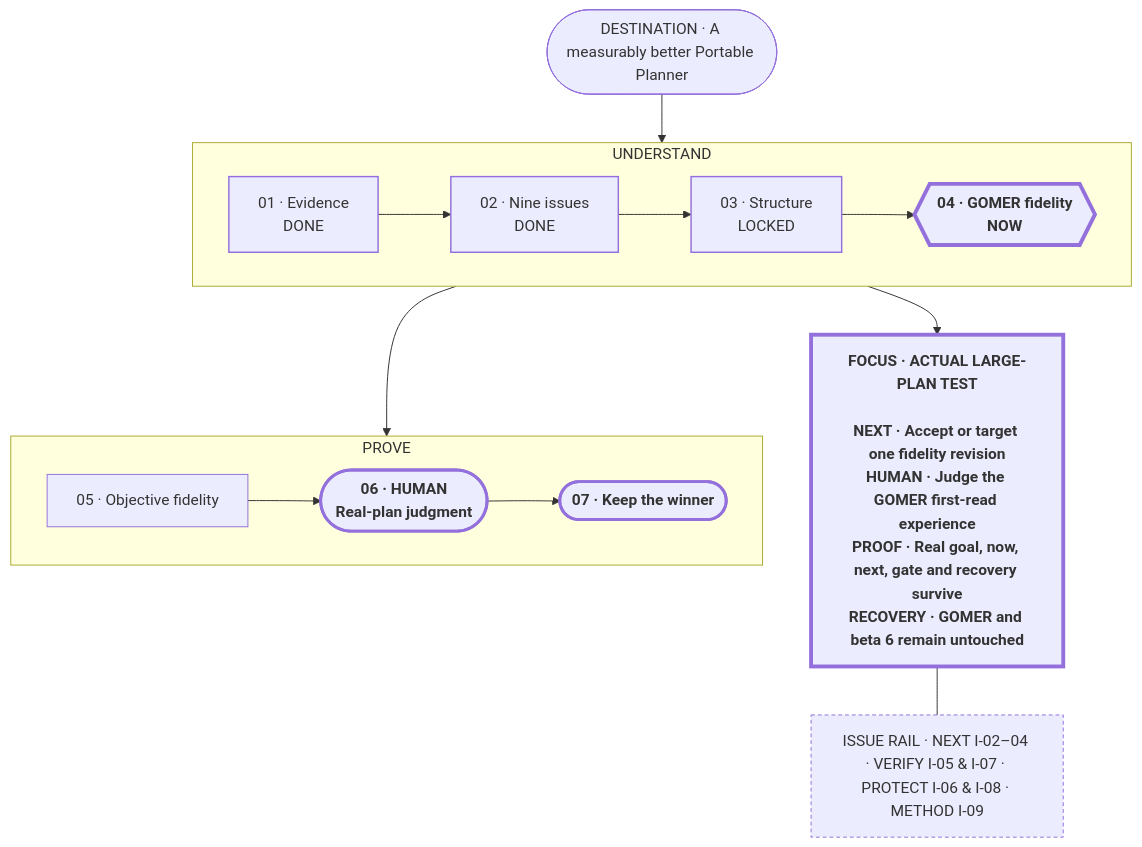
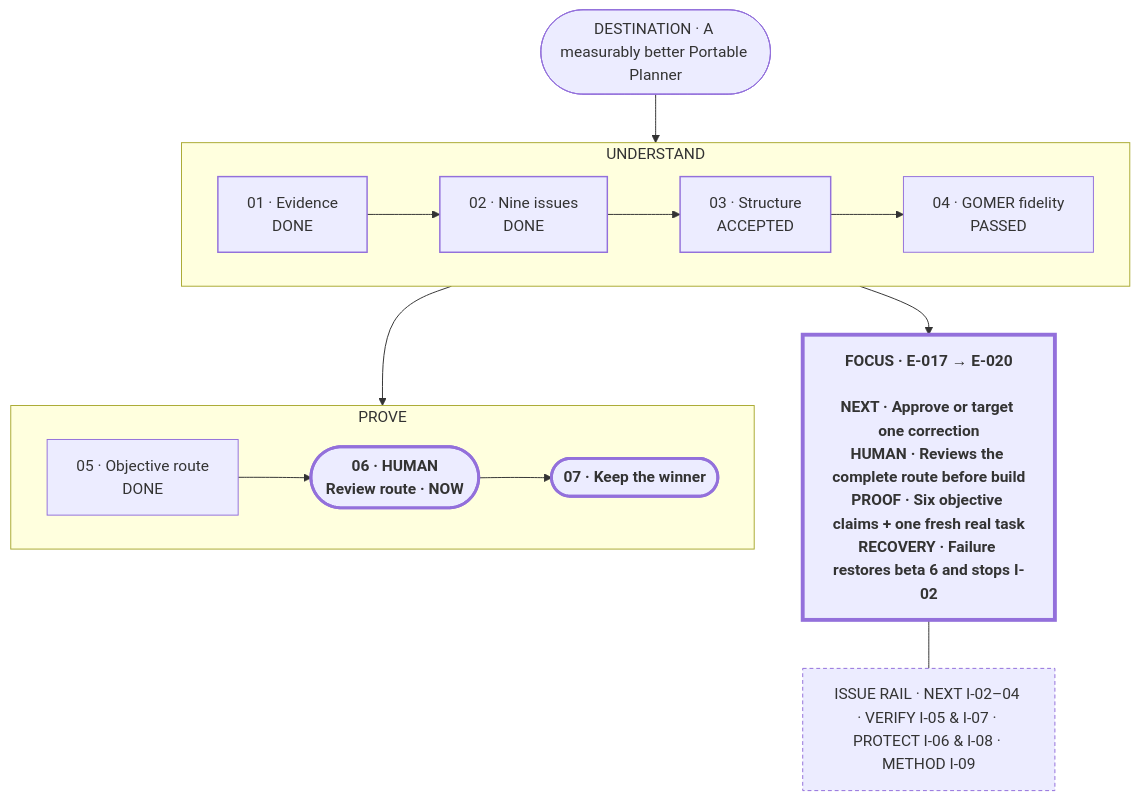
One commit to Pu11en/portable-planner changed the diagram in planning/PLAN-VIEW.md. Above: the diagram before and after it, drawn with Mermaid. The commit also changed other lines of this file and 9 other files, not shown here.

````diff
--- a/planning/PLAN-VIEW.md
+++ b/planning/PLAN-VIEW.md
@@ -13,32 +13,32 @@
 ```mermaid
 flowchart TB
     G(["DESTINATION · A measurably better Portable Planner"])
 
     subgraph R1["UNDERSTAND"]
         direction LR
-        E["01 · Evidence<br/>DONE"] --> I["02 · Nine issues<br/>DONE"] --> C["03 · Structure<br/>LOCKED"] --> P{{"04 · GOMER fidelity<br/>NOW"}}
+        E["01 · Evidence<br/>DONE"] --> I["02 · Nine issues<br/>DONE"] --> C["03 · Structure<br/>ACCEPTED"] --> P["04 · GOMER fidelity<br/>PASSED"]
     end
 
     subgraph R2["PROVE"]
         direction LR
-        B["05 · Objective fidelity"] --> H(["06 · HUMAN<br/>Real-plan judgment"]) --> W(["07 · Keep the winner"])
+        B["05 · Objective route<br/>DONE"] --> H(["06 · HUMAN<br/>Review route · NOW"]) --> W(["07 · Keep the winner"])
     end
 
-    L["FOCUS · ACTUAL LARGE-PLAN TEST<br/><br/>NEXT · Accept or target one fidelity revision<br/>HUMAN · Judge the GOMER first-read experience<br/>PROOF · Real goal, now, next, gate and recovery survive<br/>RECOVERY · GOMER and beta 6 remain untouched"]
+    L["FOCUS · E-017 → E-020<br/><br/>NEXT · Approve or target one correction<br/>HUMAN · Reviews the complete route before build<br/>PROOF · Six objective claims + one fresh real task<br/>RECOVERY · Failure restores beta 6 and stops I-02"]
 
     Q["ISSUE RAIL · NEXT I-02–04 · VERIFY I-05 & I-07 · PROTECT I-06 & I-08 · METHOD I-09"]
 
     G --> E
     C --> L
     P --> B
     L --- Q
 
     classDef done stroke-width:1.5px;
     classDef current stroke-width:4px,font-weight:700;
     classDef protected stroke-width:3px,font-weight:700;
     classDef quiet stroke-width:1px,stroke-dasharray:4 3;
     class E,I,C done;
-    class P,L current;
+    class H,L current;
     class H,W protected;
     class Q quiet;
 ```
````
